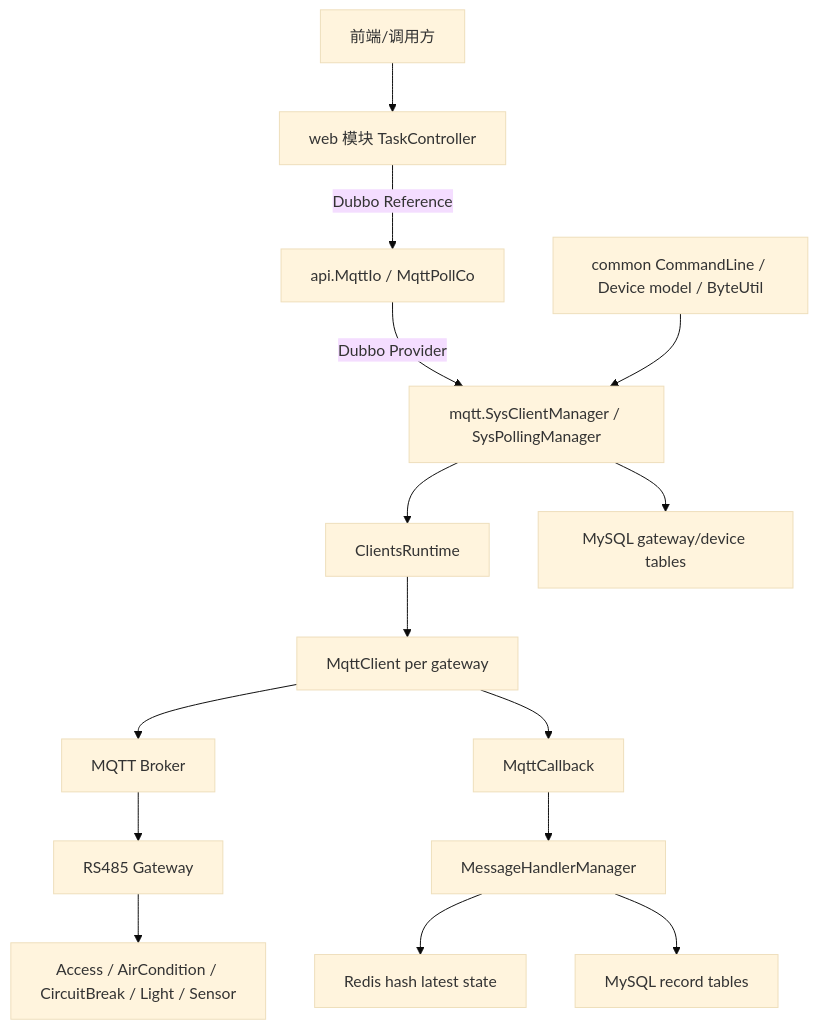
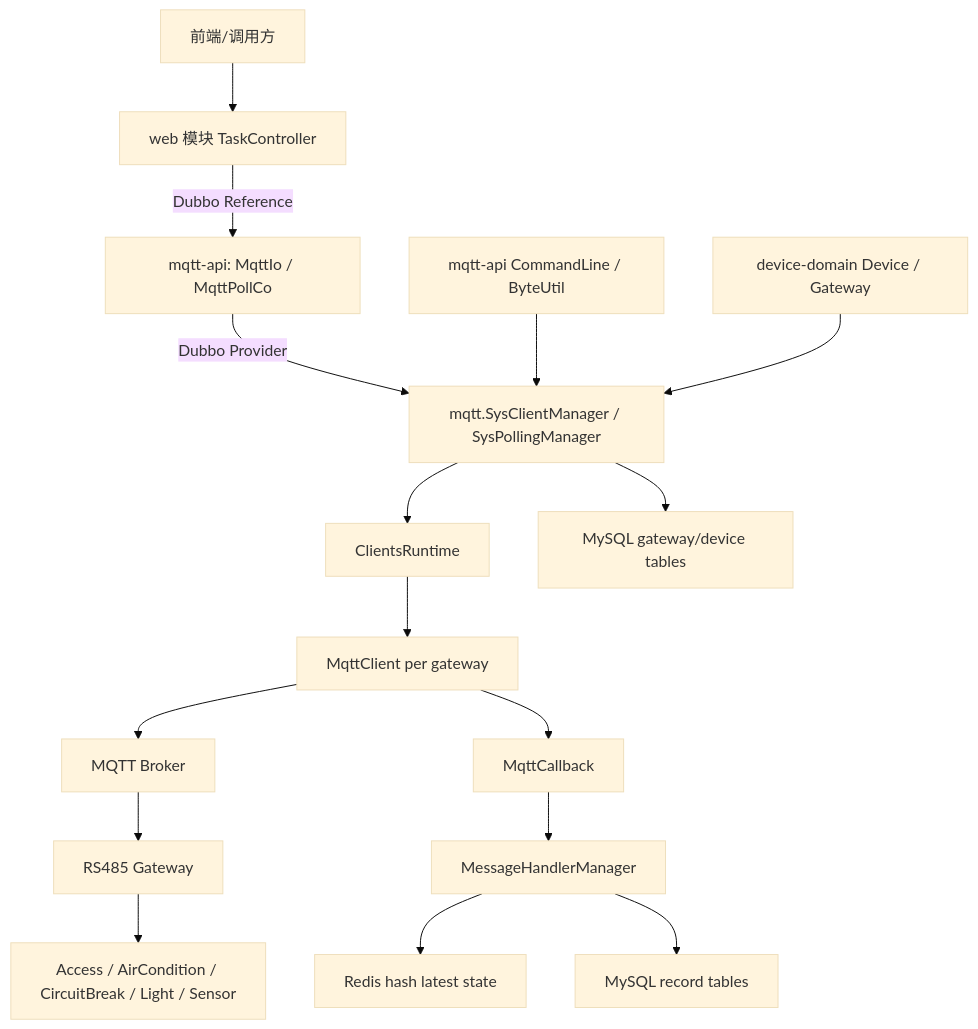
One commit to NeoM-Coding/Labsystem changed the second of 2 diagrams in docs/项目整体架构设计.md. Above: the diagram before and after it, drawn with Mermaid (base theme). The commit also changed other lines of this file, not shown here.

````diff
--- a/docs/项目整体架构设计.md
+++ b/docs/项目整体架构设计.md
@@ -80,20 +80,21 @@
 ```mermaid
 flowchart TB
     user["前端/调用方"] --> web["web 模块 TaskController"]
-    web -->|Dubbo Reference| apiIo["api.MqttIo / MqttPollCo"]
+    web -->|Dubbo Reference| apiIo["mqtt-api: MqttIo / MqttPollCo"]
 
     apiIo -->|Dubbo Provider| mqttManager["mqtt.SysClientManager / SysPollingManager"]
     mqttManager --> runtime["ClientsRuntime"]
     runtime --> client["MqttClient per gateway"]
     client --> broker["MQTT Broker"]
     broker --> gateway["RS485 Gateway"]
     gateway --> device["Access / AirCondition / CircuitBreak / Light / Sensor"]
 
     client --> callback["MqttCallback"]
     callback --> handler["MessageHandlerManager"]
     handler --> redis["Redis hash latest state"]
     handler --> mysql["MySQL record tables"]
 
     mqttManager --> db["MySQL gateway/device tables"]
-    common["common CommandLine / Device model / ByteUtil"] --> mqttManager
+    mqttApi["mqtt-api CommandLine / ByteUtil"] --> mqttManager
+    deviceDomain["device-domain Device / Gateway"] --> mqttManager
 ```
````
